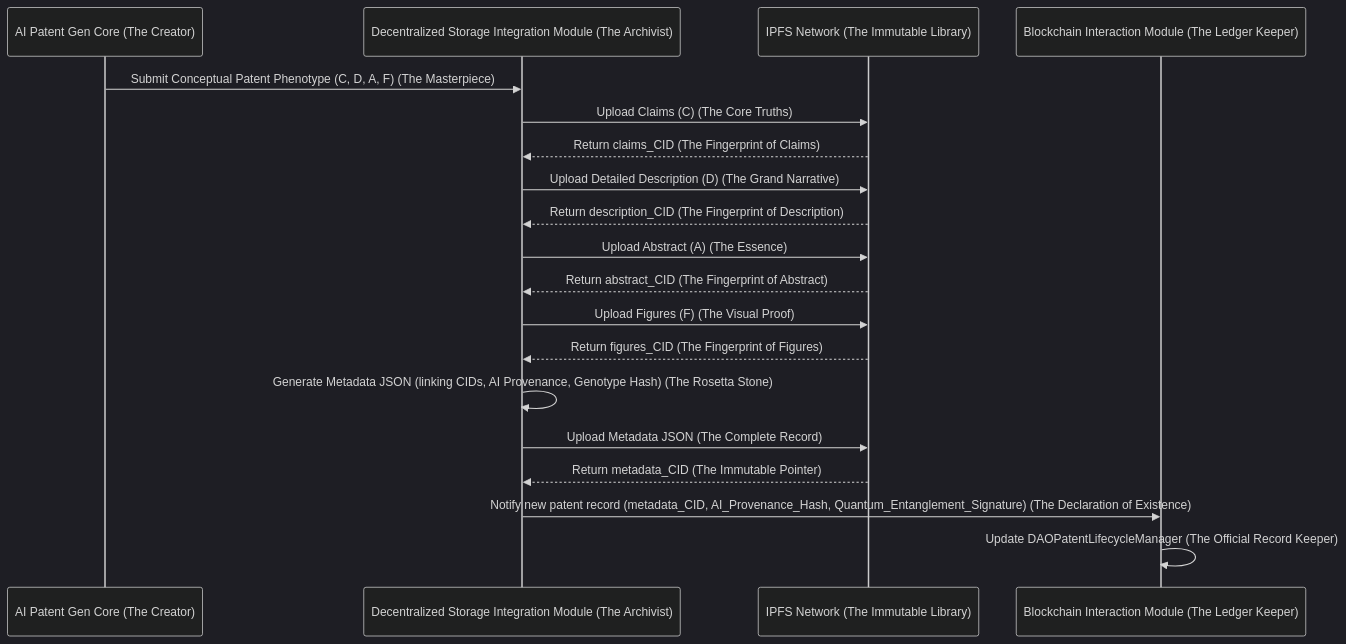
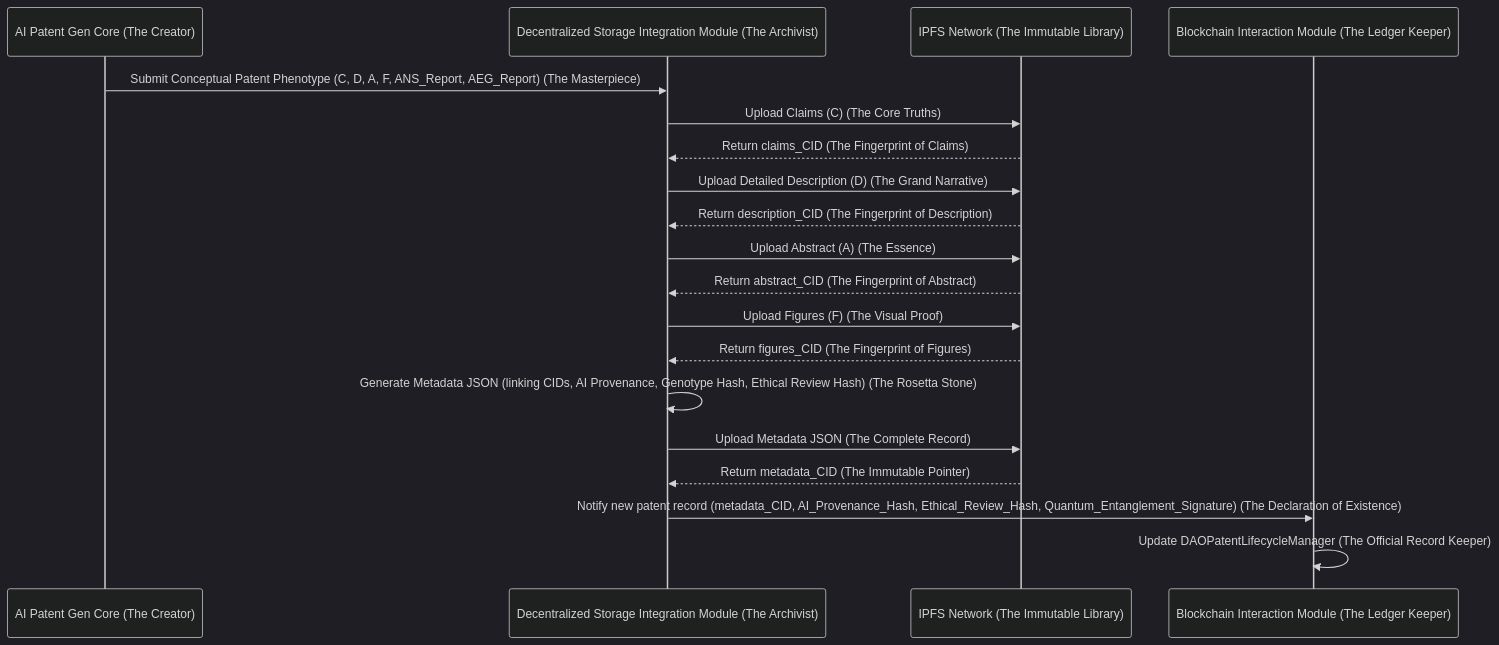
One commit to diplomat-bit/Citibank_Demo_Business_Inc_Demonstration- changed the sixth of 12 diagrams in inventions/inventions/015_dao_for_collaborative_ai_patent_generation/015_dao_for_collaborative_ai_patent_generation.md. Above: the diagram before and after it, drawn with Mermaid (dark theme). The commit also changed other lines of this file, not shown here.

Commit message:
[AI] Edit: inventions/inventions/015_dao_for_collaborative_ai_patent_generation/015_dao_for_collaborative_ai_patent_generation.md

````diff
--- a/inventions/inventions/015_dao_for_collaborative_ai_patent_generation/015_dao_for_collaborative_ai_patent_generation.md
+++ b/inventions/inventions/015_dao_for_collaborative_ai_patent_generation/015_dao_for_collaborative_ai_patent_generation.md
@@ -282,22 +300,22 @@
 ```mermaid
 sequenceDiagram
     participant APGC as AI Patent Gen Core (The Creator)
     participant DSIM as Decentralized Storage Integration Module (The Archivist)
     participant IPFS as IPFS Network (The Immutable Library)
     participant BISCM as Blockchain Interaction Module (The Ledger Keeper)
 
-    APGC->>DSIM: Submit Conceptual Patent Phenotype (C, D, A, F) (The Masterpiece)
+    APGC->>DSIM: Submit Conceptual Patent Phenotype (C, D, A, F, ANS_Report, AEG_Report) (The Masterpiece)
     DSIM->>IPFS: Upload Claims (C) (The Core Truths)
     IPFS-->>DSIM: Return claims_CID (The Fingerprint of Claims)
     DSIM->>IPFS: Upload Detailed Description (D) (The Grand Narrative)
     IPFS-->>DSIM: Return description_CID (The Fingerprint of Description)
     DSIM->>IPFS: Upload Abstract (A) (The Essence)
     IPFS-->>DSIM: Return abstract_CID (The Fingerprint of Abstract)
     DSIM->>IPFS: Upload Figures (F) (The Visual Proof)
     IPFS-->>DSIM: Return figures_CID (The Fingerprint of Figures)
-    DSIM->>DSIM: Generate Metadata JSON (linking CIDs, AI Provenance, Genotype Hash) (The Rosetta Stone)
+    DSIM->>DSIM: Generate Metadata JSON (linking CIDs, AI Provenance, Genotype Hash, Ethical Review Hash) (The Rosetta Stone)
     DSIM->>IPFS: Upload Metadata JSON (The Complete Record)
     IPFS-->>DSIM: Return metadata_CID (The Immutable Pointer)
-    DSIM->>BISCM: Notify new patent record (metadata_CID, AI_Provenance_Hash, Quantum_Entanglement_Signature) (The Declaration of Existence)
+    DSIM->>BISCM: Notify new patent record (metadata_CID, AI_Provenance_Hash, Ethical_Review_Hash, Quantum_Entanglement_Signature) (The Declaration of Existence)
     BISCM->>BISCM: Update DAOPatentLifecycleManager (The Official Record Keeper)
 ```
````
